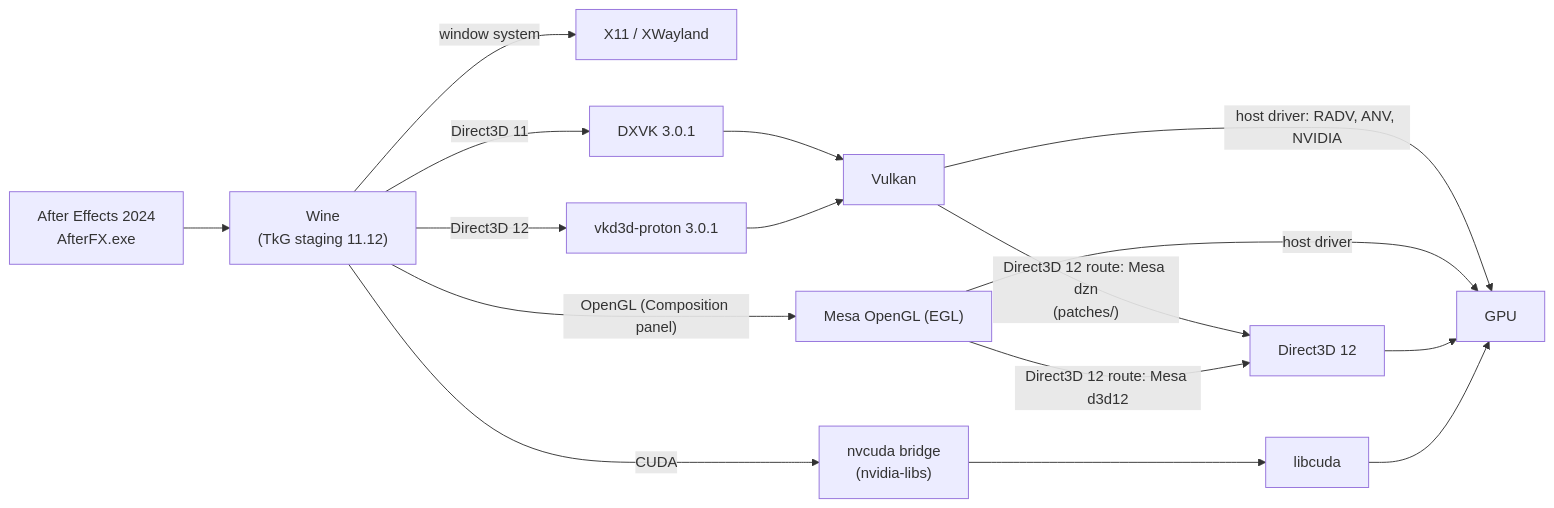
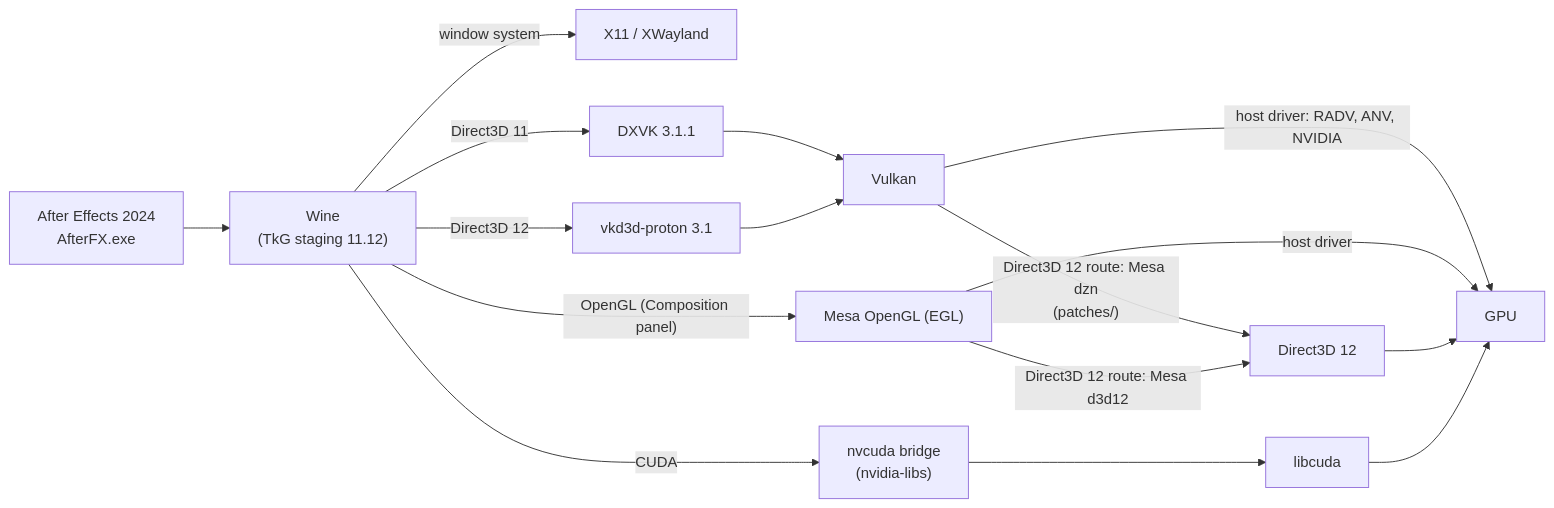
The diagram in docs/how-it-works.md (BuggingDev/NuxFX), drawn with Mermaid before and after one commit. The commit also changed other lines of this file and 3 other files, not shown here.

First line of the commit message:
Pins: DXVK 3.1.1, vkd3d-proton 3.1, nvidia-libs 1.0.5, winetricks 20260125

````diff
--- a/docs/how-it-works.md
+++ b/docs/how-it-works.md
@@ -3,17 +3,17 @@
 ```mermaid
 flowchart LR
     AE["After Effects 2024<br/>AfterFX.exe"] --> WINE["Wine<br/>(TkG staging 11.12)"]
     WINE -- "window system" --> DISPLAY["X11 / XWayland"]
-    WINE -- "Direct3D 11" --> DXVK["DXVK 3.0.1"]
-    WINE -- "Direct3D 12" --> VKD3D["vkd3d-proton 3.0.1"]
+    WINE -- "Direct3D 11" --> DXVK["DXVK 3.1.1"]
+    WINE -- "Direct3D 12" --> VKD3D["vkd3d-proton 3.1"]
     WINE -- "OpenGL (Composition panel)" --> GL["Mesa OpenGL (EGL)"]
     WINE -- "CUDA" --> NVCUDA["nvcuda bridge<br/>(nvidia-libs)"]
     DXVK --> VK["Vulkan"]
     VKD3D --> VK
     VK -- "host driver: RADV, ANV, NVIDIA" --> GPU["GPU"]
     VK -- "Direct3D 12 route: Mesa dzn<br/>(patches/)" --> D3D12["Direct3D 12"]
     GL -- "host driver" --> GPU
     GL -- "Direct3D 12 route: Mesa d3d12" --> D3D12
     D3D12 --> GPU
     NVCUDA --> LIBCUDA["libcuda"] --> GPU
 ```
````
